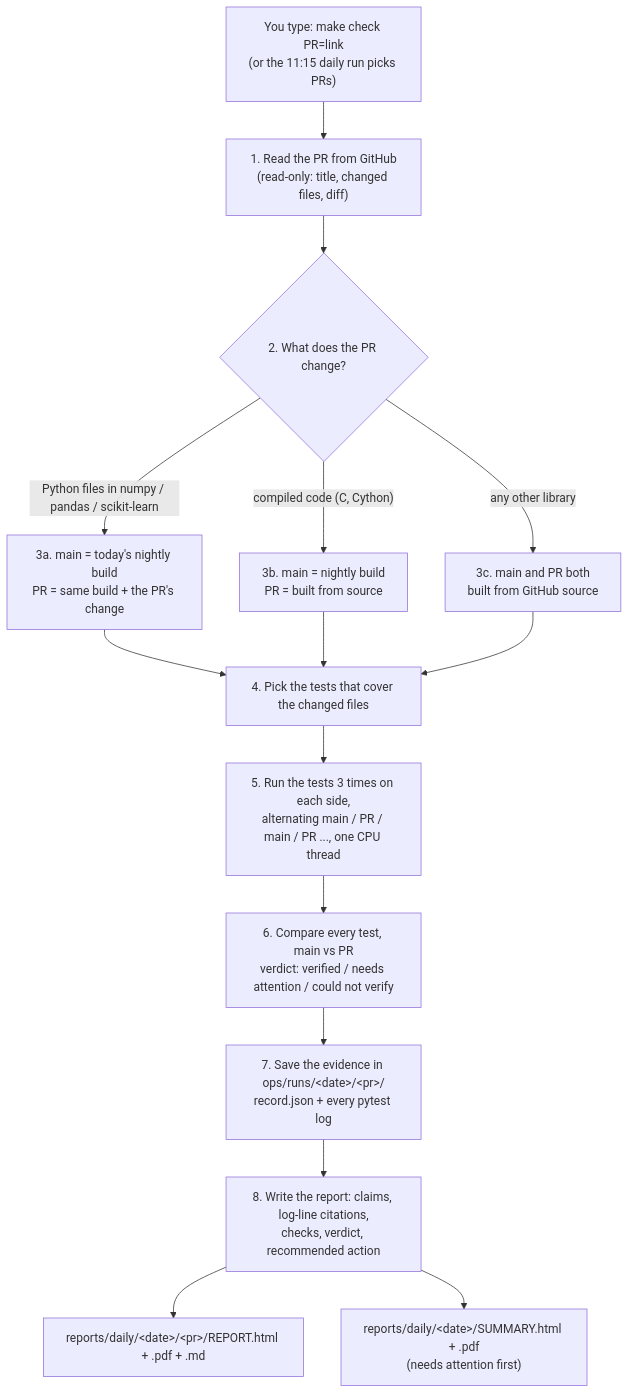
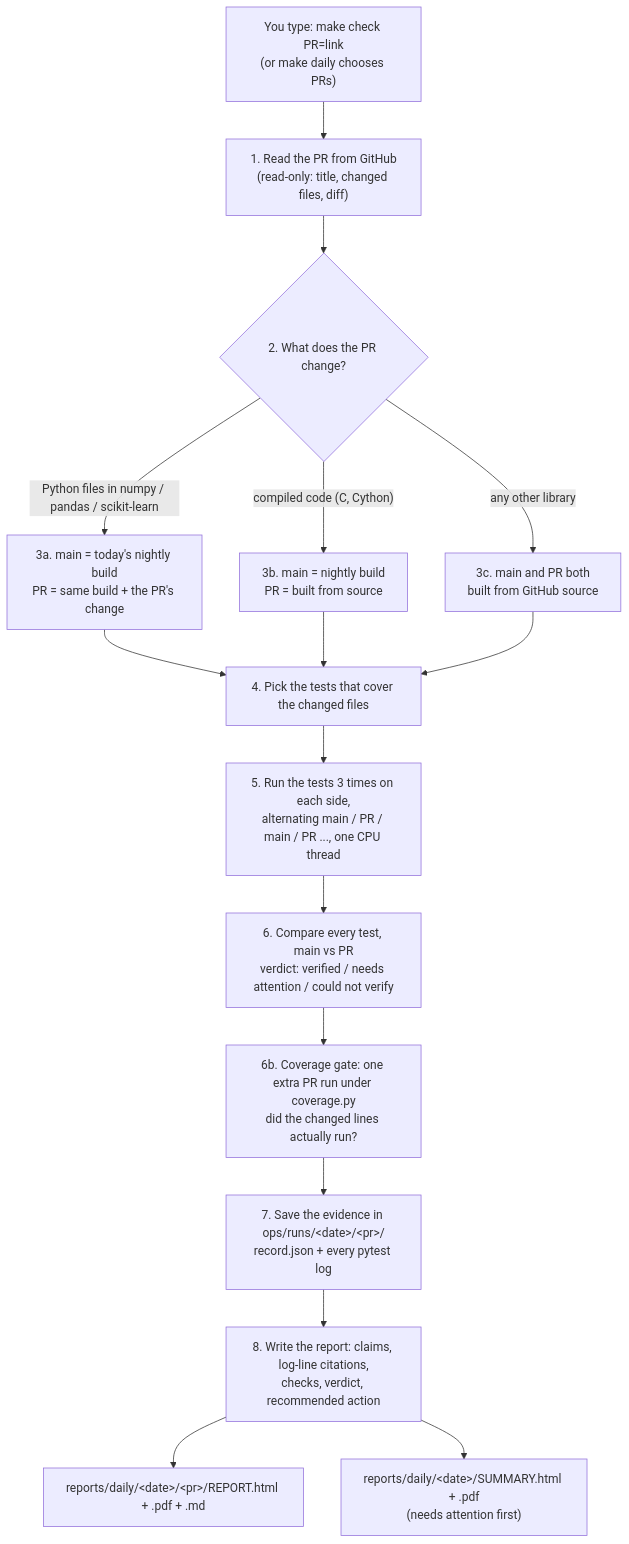
The diagram in README.md (aritracodesbad123/Proof-of-change), drawn with Mermaid before and after one commit. The commit also changed other lines of this file and 96 other files, not shown here.

````diff
--- a/README.md
+++ b/README.md
@@ -183,17 +222,18 @@
 ```mermaid
 flowchart TD
-    A["You type: make check PR=link<br/>(or the 11:15 daily run picks PRs)"] --> B["1. Read the PR from GitHub<br/>(read-only: title, changed files, diff)"]
+    A["You type: make check PR=link<br/>(or make daily chooses PRs)"] --> B["1. Read the PR from GitHub<br/>(read-only: title, changed files, diff)"]
     B --> C{"2. What does the PR change?"}
     C -->|"Python files in numpy / pandas / scikit-learn"| D["3a. main = today's nightly build<br/>PR = same build + the PR's change"]
     C -->|"compiled code (C, Cython)"| E["3b. main = nightly build<br/>PR = built from source"]
     C -->|"any other library"| F["3c. main and PR both<br/>built from GitHub source"]
     D --> G["4. Pick the tests that cover the changed files"]
     E --> G
     F --> G
     G --> H["5. Run the tests 3 times on each side,<br/>alternating main / PR / main / PR ..., one CPU thread"]
     H --> I["6. Compare every test, main vs PR<br/>verdict: verified / needs attention / could not verify"]
-    I --> J["7. Save the evidence in ops/runs/&lt;date&gt;/&lt;pr&gt;/<br/>record.json + every pytest log"]
+    I --> CG["6b. Coverage gate: one extra PR run under coverage.py<br/>did the changed lines actually run?"]
+    CG --> J["7. Save the evidence in ops/runs/&lt;date&gt;/&lt;pr&gt;/<br/>record.json + every pytest log"]
     J --> K["8. Write the report: claims, log-line citations,<br/>checks, verdict, recommended action"]
     K --> L["reports/daily/&lt;date&gt;/&lt;pr&gt;/REPORT.html + .pdf + .md"]
     K --> M["reports/daily/&lt;date&gt;/SUMMARY.html + .pdf<br/>(needs attention first)"]
 ```
````
